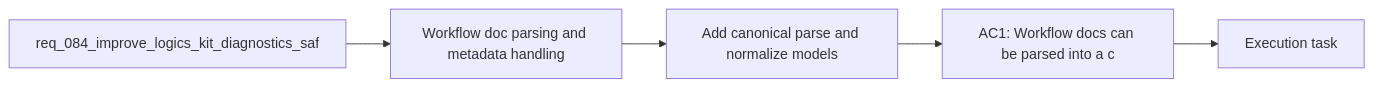
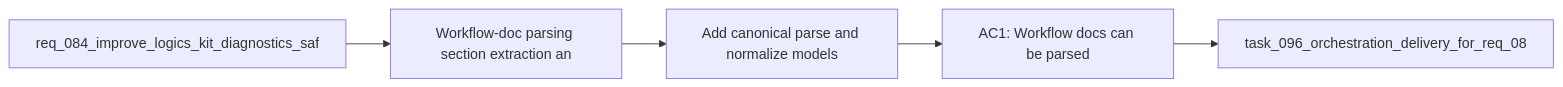
One commit to AlexAgo83/logics-manager changed the diagram in logics/backlog/item_125_add_canonical_parse_and_normalize_models_for_workflow_docs_and_skill_metadata.md. Above: the diagram before and after it, drawn with Mermaid. The commit also changed 481 other files, not shown here.

Commit message:
Normalize Logics docs and workflow indicators

````diff
--- a/logics/backlog/item_125_add_canonical_parse_and_normalize_models_for_workflow_docs_and_skill_metadata.md
+++ b/logics/backlog/item_125_add_canonical_parse_and_normalize_models_for_workflow_docs_and_skill_metadata.md
@@ -26,9 +26,9 @@
 ```mermaid
 %% logics-kind: backlog
 %% logics-signature: backlog|add-canonical-parse-and-normalize-models|req-084-improve-logics-kit-diagnostics-s|workflow-doc-parsing-section-extraction-|ac1-workflow-docs-can-be-parsed
 flowchart LR
-    Request[req_084_improve_logics_kit_diagnostics_saf] --> Problem[Workflow doc parsing and metadata handling]
+    Request[req_084_improve_logics_kit_diagnostics_saf] --> Problem[Workflow-doc parsing section extraction an]
     Problem --> Scope[Add canonical parse and normalize models]
-    Scope --> Acceptance[AC1: Workflow docs can be parsed into a c]
-    Acceptance --> Tasks[Execution task]
+    Scope --> Acceptance[AC1: Workflow docs can be parsed]
+    Acceptance --> Tasks[task_096_orchestration_delivery_for_req_08]
 ```
````
